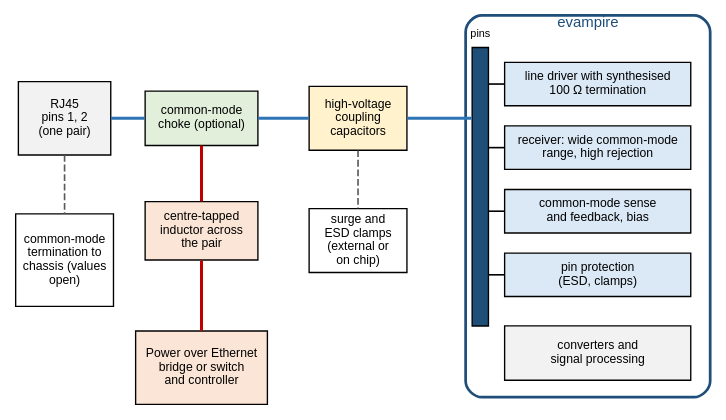
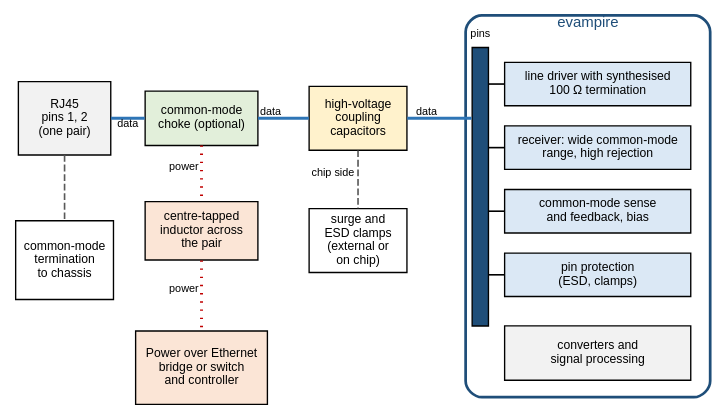
One commit to mithro/evampire changed the diagram in docs/ethernet/magnetics/arch-capacitor.dot. Above: the diagram before and after it, drawn with Graphviz. The commit also changed 5 other files, not shown here.

First line of the commit message:
Label magnetics diagram edges and add the capacitor and isolation figures

```diff
--- a/docs/ethernet/magnetics/arch-capacitor.dot
+++ b/docs/ethernet/magnetics/arch-capacitor.dot
@@ -1,88 +1,88 @@
 // Candidate transformer-free front end, one pair shown: high-voltage
 // coupling capacitors carry the data, a centre-tapped inductor carries the
 // Power over Ethernet current, and active circuits on evampire do the rest.
 //
 // Fixed grid, positions in inches:
 //   x = 0.6  RJ45 socket
 //   x = 2.0  common-mode choke (optional) and cable-side parts
 //   x = 3.6  coupling capacitors
 //   x = 5.9  evampire
 //
 // SPDX-License-Identifier: Apache-2.0
 
 graph arch_capacitor {
     graph [layout=neato, splines=line, outputorder=nodesfirst,
            fontname="Helvetica", fontsize=10];
     node  [fontname="Helvetica", fontsize=9, shape=box, style="filled",
            fillcolor="#ffffff", pin=true, fixedsize=true];
     edge  [penwidth=1.2];
 
     // evampire outline, drawn first so it sits behind its blocks.
     chip [pos="5.95,2.1!", width=2.5, height=3.9, label="evampire",
           labelloc=t, fontsize=11, fontcolor="#1f4e79", color="#1f4e79",
           style="rounded,bold", fillcolor="none"];
 
     rj45 [pos="0.6,3.0!", width=0.95, height=0.75, fillcolor="#f2f2f2",
           label="RJ45\npins 1, 2\n(one pair)"];
 
     cmc [pos="2.0,3.0!", width=1.15, height=0.55, fillcolor="#e2efda",
          label="common-mode\nchoke (optional)"];
 
     ind [pos="2.0,1.85!", width=1.15, height=0.6, fillcolor="#fbe5d6",
          label="centre-tapped\ninductor across\nthe pair"];
 
     poe [pos="2.0,0.45!", width=1.35, height=0.75, fillcolor="#fbe5d6",
          label="Power over Ethernet\nbridge or switch\nand controller"];
 
-    term [pos="0.6,1.55!", width=1.0, height=0.95,
-          label="common-mode
-termination to
-chassis (values
-open)"];
+    term [pos="0.6,1.55!", width=1.0, height=0.8,
+          label="common-mode\ntermination\nto chassis"];
 
     ccap [pos="3.6,3.0!", width=1.0, height=0.65, fillcolor="#fff2cc",
           label="high-voltage\ncoupling\ncapacitors"];
 
     clamp [pos="3.6,1.75!", width=1.0, height=0.65,
            label="surge and\nESD clamps\n(external or\non chip)"];
 
     // On-chip blocks.
     node [fillcolor="#dbe8f5"];
     drv  [pos="6.05,3.35!", width=1.9, height=0.45,
           label="line driver with synthesised\n100 Ω termination"];
     rx   [pos="6.05,2.7!", width=1.9, height=0.45,
           label="receiver: wide common-mode\nrange, high rejection"];
     cm   [pos="6.05,2.05!", width=1.9, height=0.45,
           label="common-mode sense\nand feedback, bias"];
     prot [pos="6.05,1.4!", width=1.9, height=0.45,
           label="pin protection\n(ESD, clamps)"];
     dsp  [pos="6.05,0.6!", width=1.9, height=0.55, fillcolor="#f2f2f2",
           label="converters and\nsignal processing"];
 
     pins [pos="4.85,2.3!", width=0.16, height=2.85, fillcolor="#1f4e79",
           label=""];
     pinl [pos="4.85,3.86!", shape=plain, fixedsize=false, fillcolor="none",
           style="", label="pins", fontsize=8];
 
     // Connection points on the right-hand and left-hand edges of the pins.
     node [shape=point, width=0.01, height=0.01, style=invis, fixedsize=true];
     pin_in   [pos="4.77,3.0!"];
     pin_drv  [pos="4.93,3.35!"];
     pin_rx   [pos="4.93,2.7!"];
     pin_cm   [pos="4.93,2.05!"];
     pin_prot [pos="4.93,1.4!"];
 
-    // Data path.
-    rj45 -- cmc [penwidth=2.2, color="#2e75b6"];
-    cmc -- ccap [penwidth=2.2, color="#2e75b6"];
-    ccap -- pin_in [penwidth=2.2, color="#2e75b6"];
+    // Data path: solid blue, labelled "data".
+    edge [fontname="Helvetica", fontsize=8];
+    rj45 -- cmc [penwidth=2.2, color="#2e75b6", label="data"];
+    cmc -- ccap [penwidth=2.2, color="#2e75b6", label="data"];
+    ccap -- pin_in [penwidth=2.2, color="#2e75b6", label="data"];
     pin_drv -- drv; pin_rx -- rx; pin_cm -- cm; pin_prot -- prot;
 
-    // Power path.
-    cmc -- ind [penwidth=2.2, color="#c00000"];
-    ind -- poe [penwidth=2.2, color="#c00000"];
+    // Power path: dotted red, labelled "power".
+    cmc -- ind [penwidth=2.2, color="#c00000", style=dotted,
+                label="power"];
+    ind -- poe [penwidth=2.2, color="#c00000", style=dotted,
+                label="power"];
 
-    // Common-mode termination and protection.
+    // Common-mode termination and protection: dashed grey.
     rj45 -- term [style=dashed, color="#595959"];
-    ccap -- clamp [style=dashed, color="#595959"];
+    ccap -- clamp [style=dashed, color="#595959", label="chip side"];
 }
```
